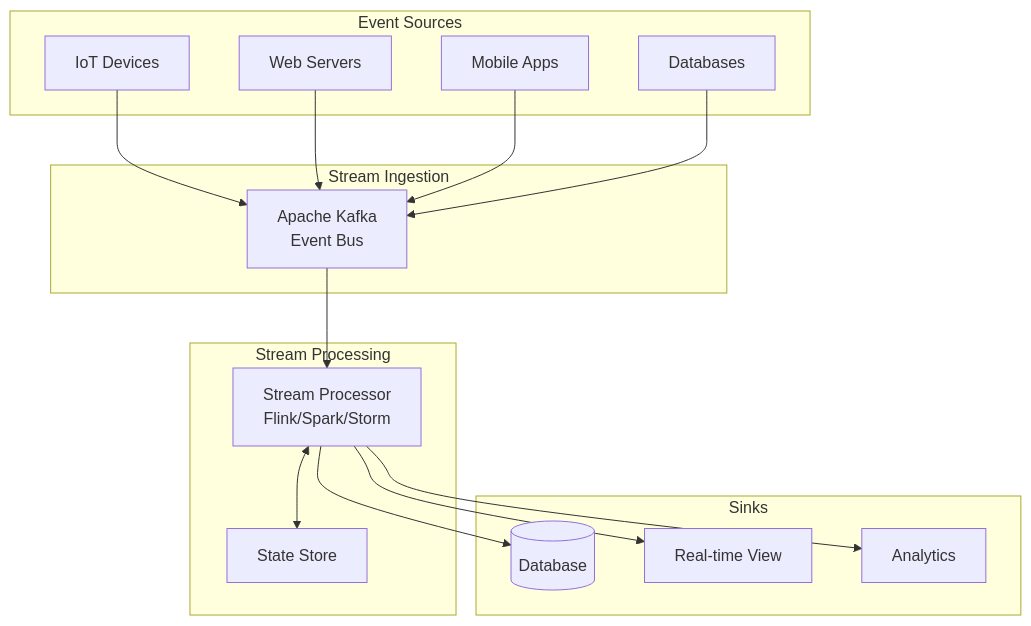
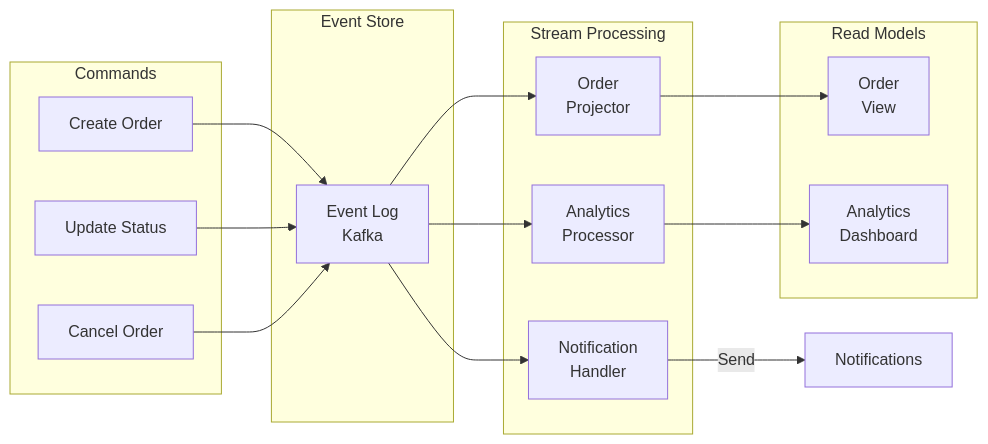
Before and after one commit to deepaucksharma/DStudio: the fifth of 14 diagrams in docs/patterns/event-streaming.md, drawn with Mermaid. The commit also changed other lines of this file and 248 other files, not shown here.

````diff
--- a/docs/patterns/event-streaming.md
+++ b/docs/patterns/event-streaming.md
@@ -85,35 +217,35 @@
 ```mermaid
-graph TB
- subgraph "Event Sources"
- S1[IoT Devices]
- S2[Web Servers]
- S3[Mobile Apps]
- S4[Databases]
- end
- 
- subgraph "Stream Ingestion"
- K[Apache Kafka<br/>Event Bus]
- end
- 
- subgraph "Stream Processing"
- SP[Stream Processor<br/>Flink/Spark/Storm]
- ST[State Store]
- SP <--> ST
- end
- 
- subgraph "Sinks"
- DB[(Database)]
- RT[Real-time View]
- AN[Analytics]
- end
- 
- S1 --> K
- S2 --> K
- S3 --> K
- S4 --> K
- 
- K --> SP
- SP --> DB
- SP --> RT
- SP --> AN
+graph LR
+    subgraph "Commands"
+        C1[Create Order]
+        C2[Update Status]
+        C3[Cancel Order]
+    end
+    
+    subgraph "Event Store"
+        ES[Event Log<br/>Kafka]
+    end
+    
+    subgraph "Stream Processing"
+        SP1[Order<br/>Projector]
+        SP2[Analytics<br/>Processor]
+        SP3[Notification<br/>Handler]
+    end
+    
+    subgraph "Read Models"
+        RM1[Order<br/>View]
+        RM2[Analytics<br/>Dashboard]
+    end
+    
+    C1 --> ES
+    C2 --> ES
+    C3 --> ES
+    
+    ES --> SP1
+    ES --> SP2
+    ES --> SP3
+    
+    SP1 --> RM1
+    SP2 --> RM2
+    SP3 --> |Send| N[Notifications]
 ```
````
